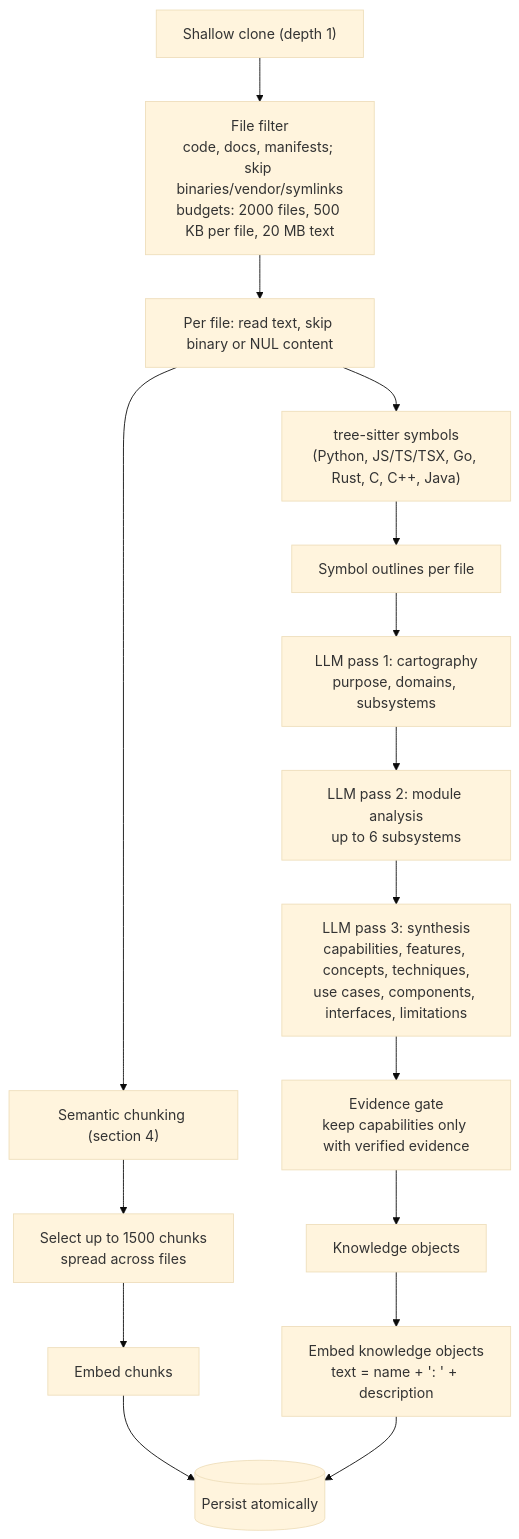
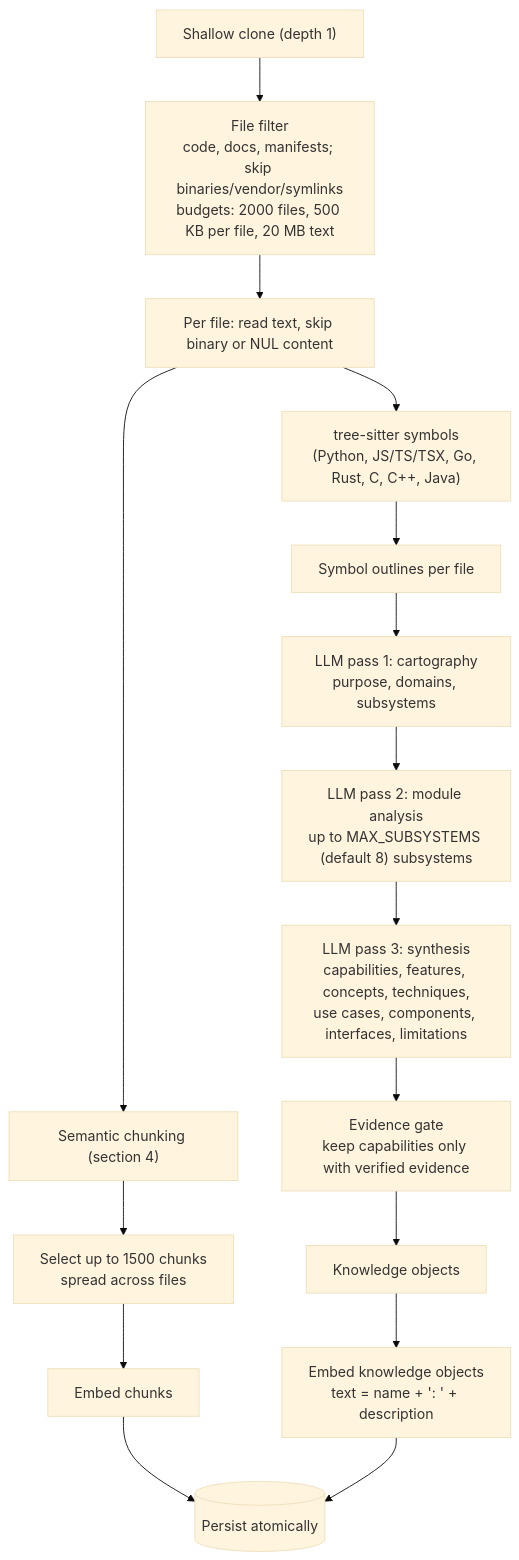
Before and after one commit to priteshvirat24/repo-intelligence: the second of 5 diagrams in docs/RAG.md, drawn with Mermaid (base theme). The commit also changed 2 other files, not shown here.

Commit message:
docs: rewrite the README around what Open Eye does, with every architecture diagram
The README now leads with the problem Open Eye solves and how it works:
the run graph, evidence grades, build-versus-reuse classes, benchmark
results against plain GitHub search, an exact quick start, the
configuration that matters, trust and safety rules, and a map of the docs.

All architecture diagrams are in the README as Mermaid: the high-level
design, the component view, deployment, adding a repository, the indexing
pipeline, the evidence gate, the job queue, retrieval, chunking, Studio
answers, repository ranking, outbound requests, both data models, memory,
evolution and failure handling. All 18 parse and render with Mermaid 11.4.

The indexing diagrams in ARCHITECTURE.md and RAG.md now say subsystems are
capped by MAX_SUBSYSTEMS (default 8), not a fixed 6.

````diff
--- a/docs/RAG.md
+++ b/docs/RAG.md
@@ -69,18 +69,18 @@
 ```mermaid
 flowchart TD
     A["Shallow clone (depth 1)"] --> B["File filter<br>code, docs, manifests; skip binaries/vendor/symlinks<br>budgets: 2000 files, 500 KB per file, 20 MB text"]
     B --> C["Per file: read text, skip binary or NUL content"]
     C --> D["tree-sitter symbols<br>(Python, JS/TS/TSX, Go, Rust, C, C++, Java)"]
     C --> E["Semantic chunking (section 4)"]
     D --> F["Symbol outlines per file"]
     F --> G["LLM pass 1: cartography<br>purpose, domains, subsystems"]
-    G --> H["LLM pass 2: module analysis<br>up to 6 subsystems"]
+    G --> H["LLM pass 2: module analysis<br>up to MAX_SUBSYSTEMS (default 8) subsystems"]
     H --> I["LLM pass 3: synthesis<br>capabilities, features, concepts, techniques,<br>use cases, components, interfaces, limitations"]
     I --> J["Evidence gate<br>keep capabilities only with verified evidence"]
     E --> K["Select up to 1500 chunks<br>spread across files"]
     J --> L["Knowledge objects"]
     K --> M["Embed chunks"]
     L --> N["Embed knowledge objects<br>text = name + ': ' + description"]
     M --> O[("Persist atomically")]
     N --> O
 ```
````
